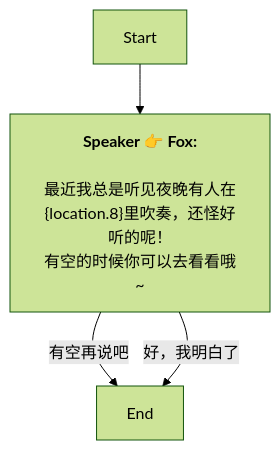
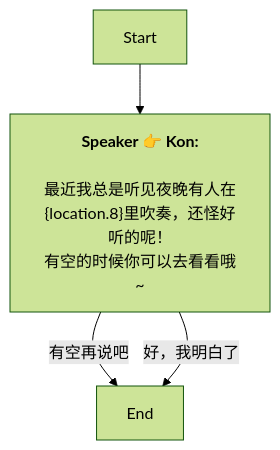
The diagram in Zh/QuestStartTalkENode_1752682175385345.md (SoftHu/tos_avg), drawn with Mermaid (forest theme) before and after one commit. The commit also changed 730 other files, not shown here.

````diff
--- a/Zh/QuestStartTalkENode_1752682175385345.md
+++ b/Zh/QuestStartTalkENode_1752682175385345.md
@@ -1,9 +1,9 @@
 ```mermaid
 graph
-Start -->1752682875416325[<b>Speaker 👉 Fox:</b>
+Start -->1752682875416325[<b>Speaker 👉 Kon:</b>
 \n最近我总是听见夜晚有人在&lbrace;location.8&rbrace;里吹奏，还怪好听的呢！
 有空的时候你可以去看看哦~]
 1752682875416325 -->|有空再说吧|1752683556918027[End]
 1752682875416325 -->|好，我明白了|1752683556918027[End]
 
 ```
````
